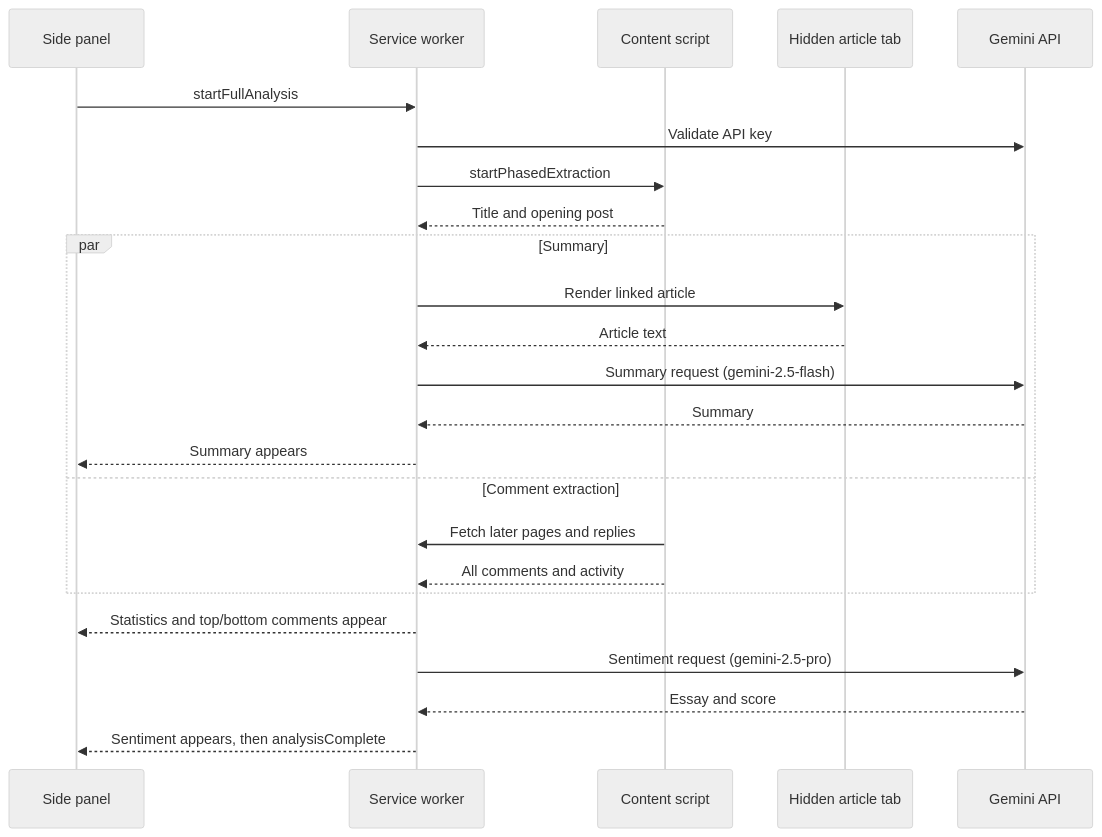
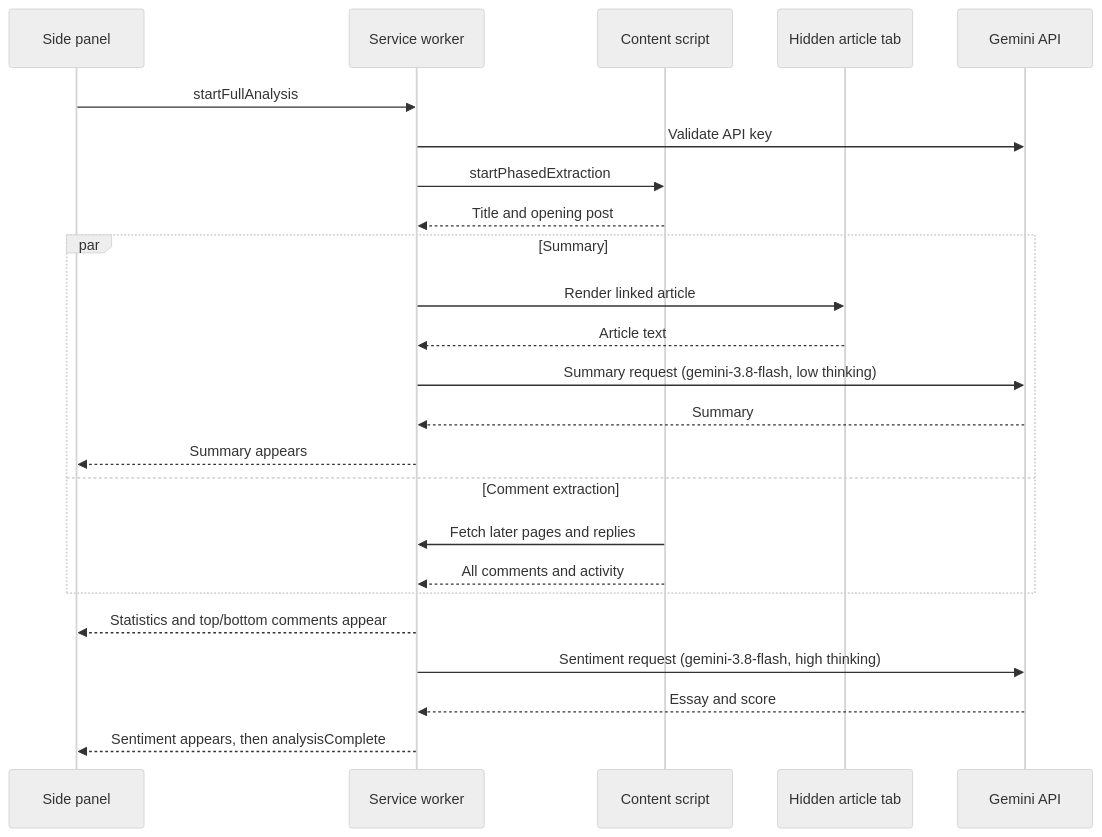
One commit to JGKarlin/girlsinsight changed the diagram in README.md. Above: the diagram before and after it, drawn with Mermaid (neutral theme). The commit also changed other lines of this file and 1 other file, not shown here.

First line of the commit message:
Document gemini-3.8-flash and disabled request logging

````diff
--- a/README.md
+++ b/README.md
@@ -102,27 +102,27 @@
 ```mermaid
 sequenceDiagram
     participant P as Side panel
     participant B as Service worker
     participant C as Content script
     participant T as Hidden article tab
     participant G as Gemini API
 
     P->>B: startFullAnalysis
     B->>G: Validate API key
     B->>C: startPhasedExtraction
     C-->>B: Title and opening post
     par Summary
         B->>T: Render linked article
         T-->>B: Article text
-        B->>G: Summary request (gemini-2.5-flash)
+        B->>G: Summary request (gemini-3.8-flash, low thinking)
         G-->>B: Summary
         B-->>P: Summary appears
     and Comment extraction
         C->>B: Fetch later pages and replies
         C-->>B: All comments and activity
     end
     B-->>P: Statistics and top/bottom comments appear
-    B->>G: Sentiment request (gemini-2.5-pro)
+    B->>G: Sentiment request (gemini-3.8-flash, high thinking)
     G-->>B: Essay and score
     B-->>P: Sentiment appears, then analysisComplete
 ```
````
